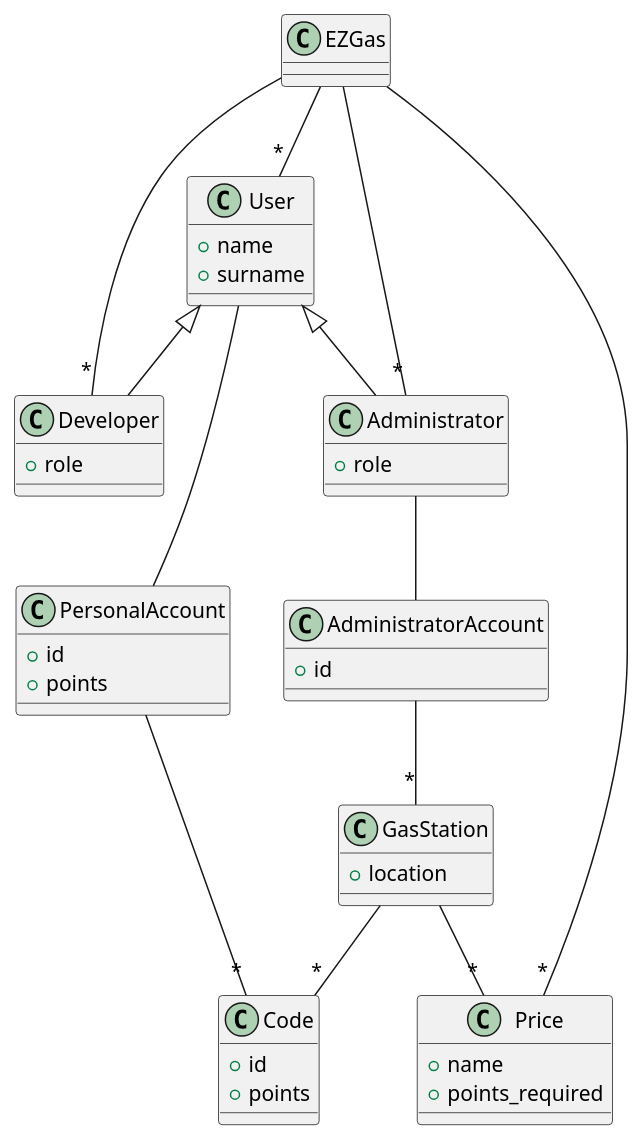
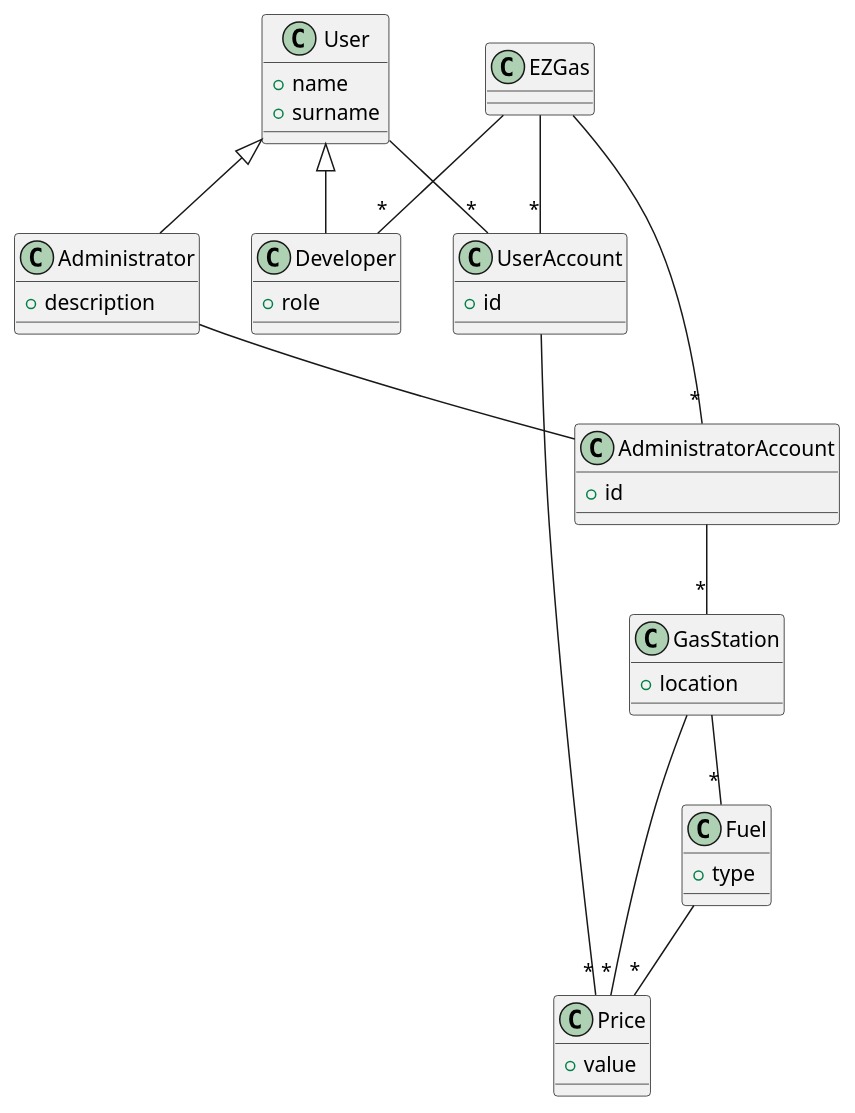
The third of 5 diagrams in REQ_s270436.md (SoftengPoliTo/Lab2), drawn with PlantUML before and after one commit. The commit also changed other lines of this file, not shown here.

````diff
--- a/REQ_s270436.md
+++ b/REQ_s270436.md
@@ -333,54 +307,52 @@
 ```plantuml
 class EZGas
+
 class User {
 + name
 + surname
 }
 
 class Developer {
 + role
 }
 
 class Administrator {
-+ role
++ description
 }
 
 class GasStation {
 + location
 }
 
-class PersonalAccount {
+class UserAccount {
 + id
-+ points
 }
 
 class Price {
-+ name
-+ points_required
++ value
 }
 
-class Code {
-+ id
-+ points
+class Fuel {
++ type
 }
 
 class AdministratorAccount {
 + id
 }
 
 
-EZGas -- "*" User
-EZGas -- "*" Administrator
+EZGas -- "*" UserAccount
+EZGas -- "*" AdministratorAccount
 EZGas -- "*" Developer
-EZGas -- "*" Price
 Administrator -- AdministratorAccount
-User -- PersonalAccount
-PersonalAccount -- "*" Code
+User -- "*" UserAccount
+UserAccount -- "*" Price
 AdministratorAccount -- "*" GasStation
 GasStation -- "*" Price
-GasStation -- "*" Code
+GasStation -- "*" Fuel
+Fuel -- "*" Price
 
 User <|-- Administrator
 User <|-- Developer
 
 ```
````
